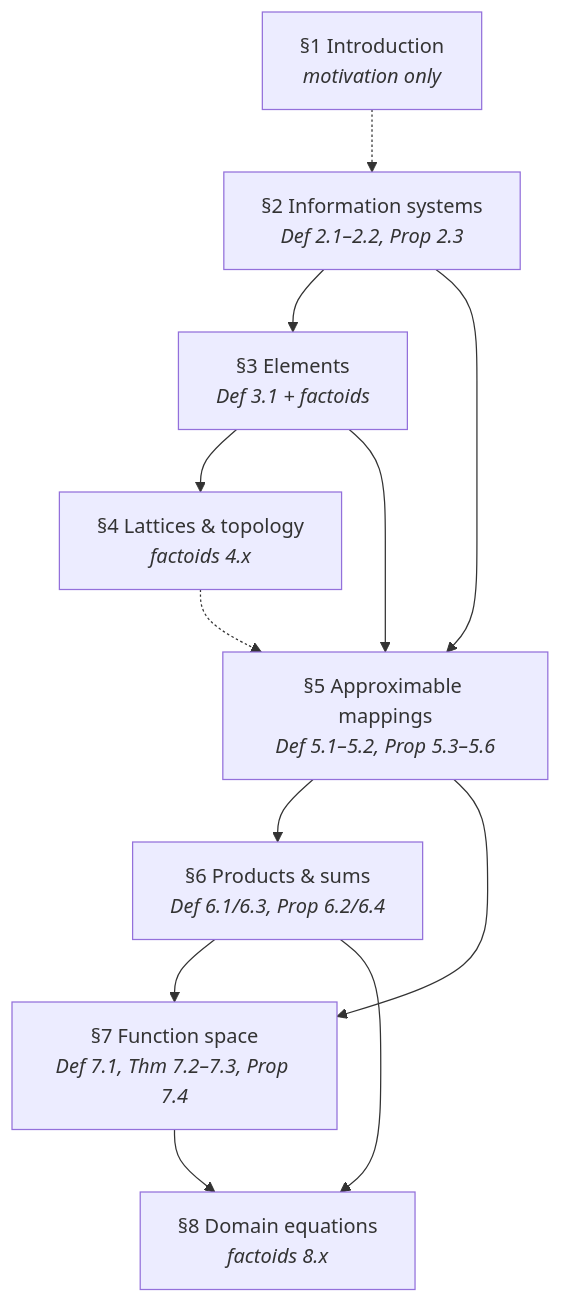
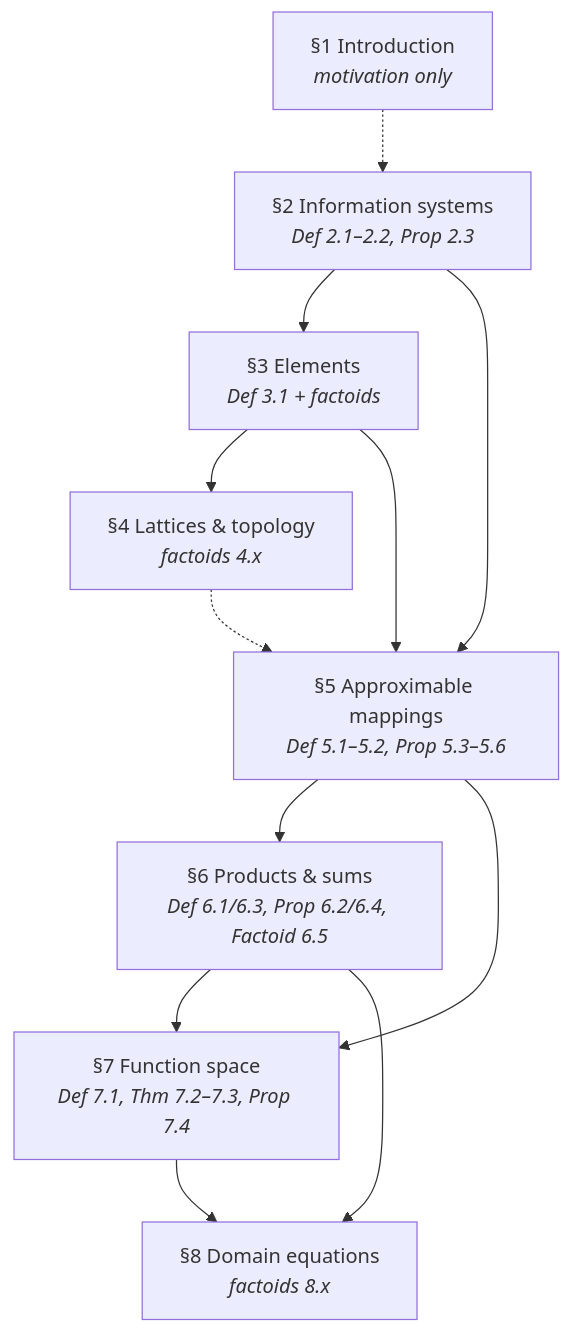
Before and after one commit to catskillsresearch/scott1982: the first of 10 diagrams in arxiv.md, drawn with Mermaid. The commit also changed other lines of this file and 5 other files, not shown here.

````diff
--- a/arxiv.md
+++ b/arxiv.md
@@ -44,23 +44,23 @@
 ```mermaid
 flowchart TB
   S1["§1 Introduction<br/><i>motivation only</i>"]
   S2["§2 Information systems<br/><i>Def 2.1–2.2, Prop 2.3</i>"]
   S3["§3 Elements<br/><i>Def 3.1 + factoids</i>"]
   S4["§4 Lattices & topology<br/><i>factoids 4.x</i>"]
   S5["§5 Approximable mappings<br/><i>Def 5.1–5.2, Prop 5.3–5.6</i>"]
-  S6["§6 Products & sums<br/><i>Def 6.1/6.3, Prop 6.2/6.4</i>"]
+  S6["§6 Products & sums<br/><i>Def 6.1/6.3, Prop 6.2/6.4, Factoid 6.5</i>"]
   S7["§7 Function space<br/><i>Def 7.1, Thm 7.2–7.3, Prop 7.4</i>"]
   S8["§8 Domain equations<br/><i>factoids 8.x</i>"]
 
   S1 -.-> S2
   S2 --> S3
   S3 --> S4
   S3 --> S5
   S2 --> S5
   S5 --> S6
   S5 --> S7
   S6 --> S7
   S6 --> S8
   S7 --> S8
   S4 -.-> S5
 ```
````
